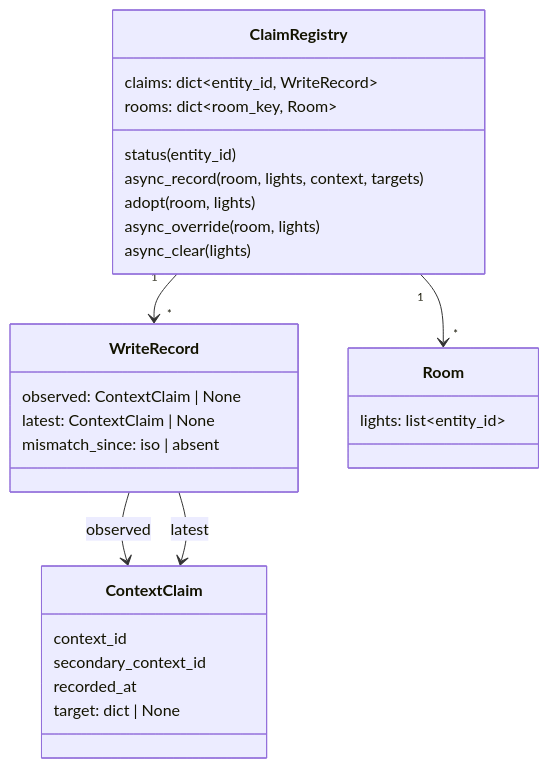
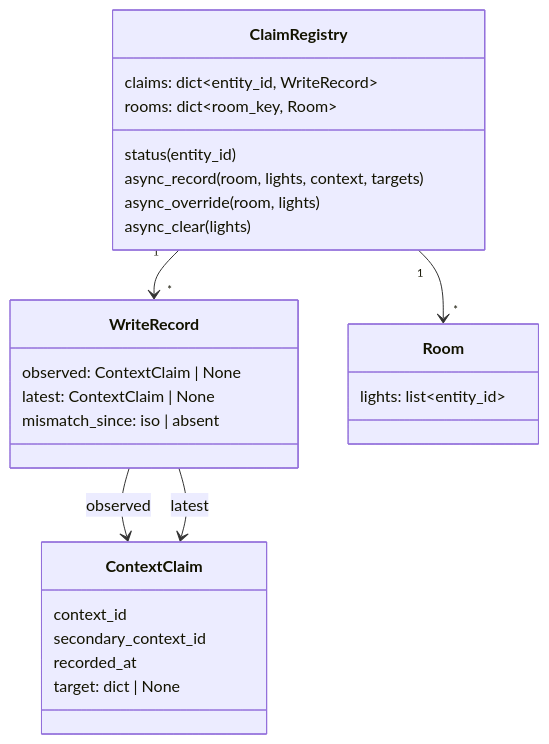
Before and after one commit to danrspencer/flare: the first of 4 diagrams in docs/architecture/claims.md, drawn with Mermaid. The commit also changed other lines of this file and 17 other files, not shown here.

````diff
--- a/docs/architecture/claims.md
+++ b/docs/architecture/claims.md
@@ -37,30 +37,29 @@
 ```mermaid
 classDiagram
     class ClaimRegistry {
         claims: dict~entity_id, WriteRecord~
         rooms: dict~room_key, Room~
         status(entity_id)
         async_record(room, lights, context, targets)
-        adopt(room, lights)
         async_override(room, lights)
         async_clear(lights)
     }
     class WriteRecord {
         observed: ContextClaim | None
         latest: ContextClaim | None
         mismatch_since: iso | absent
     }
     class ContextClaim {
         context_id
         secondary_context_id
         recorded_at
         target: dict | None
     }
     class Room {
         lights: list~entity_id~
     }
     ClaimRegistry "1" --> "*" WriteRecord
     ClaimRegistry "1" --> "*" Room
     WriteRecord --> ContextClaim : observed
     WriteRecord --> ContextClaim : latest
 ```
````
